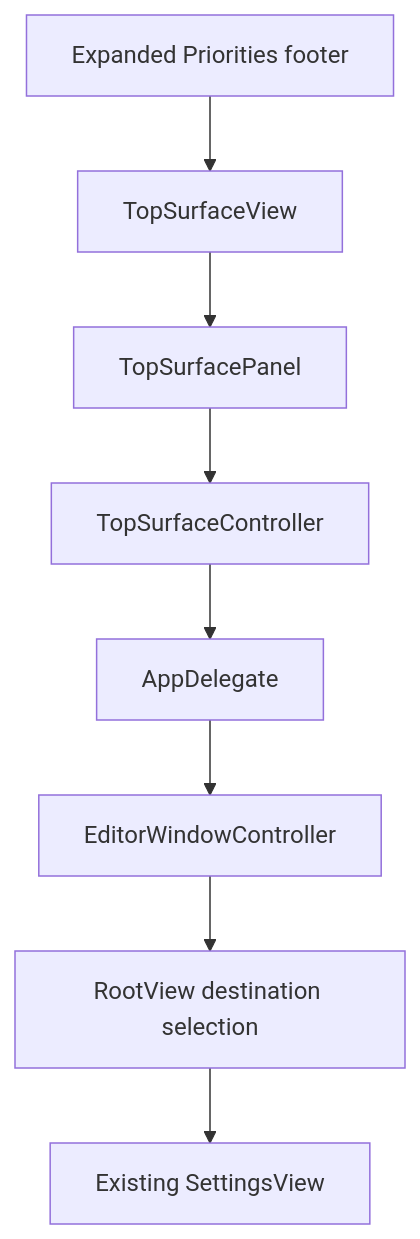
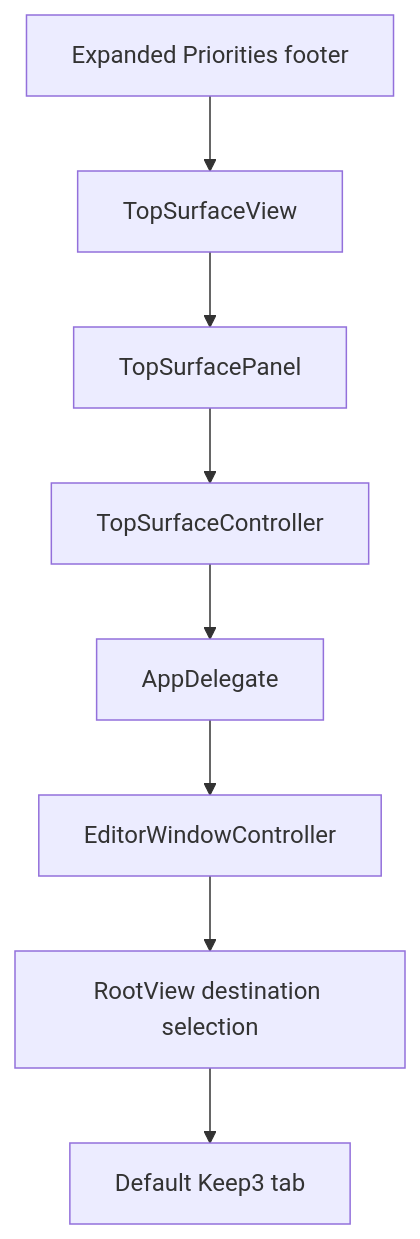
One commit to taobaorun/keep3 changed the first of 2 diagrams in docs/plans/2026-07-29-001-feat-notch-settings-access-plan.md. Above: the diagram before and after it, drawn with Mermaid. The commit also changed other lines of this file and 8 other files, not shown here.

````diff
--- a/docs/plans/2026-07-29-001-feat-notch-settings-access-plan.md
+++ b/docs/plans/2026-07-29-001-feat-notch-settings-access-plan.md
@@ -126,10 +127,10 @@
 ```mermaid
 flowchart TB
   Footer[Expanded Priorities footer] --> Surface[TopSurfaceView]
   Surface --> Panel[TopSurfacePanel]
   Panel --> Controller[TopSurfaceController]
   Controller --> App[AppDelegate]
   App --> Window[EditorWindowController]
   Window --> Root[RootView destination selection]
-  Root --> Settings[Existing SettingsView]
+  Root --> Keep3[Default Keep3 tab]
 ```
````
